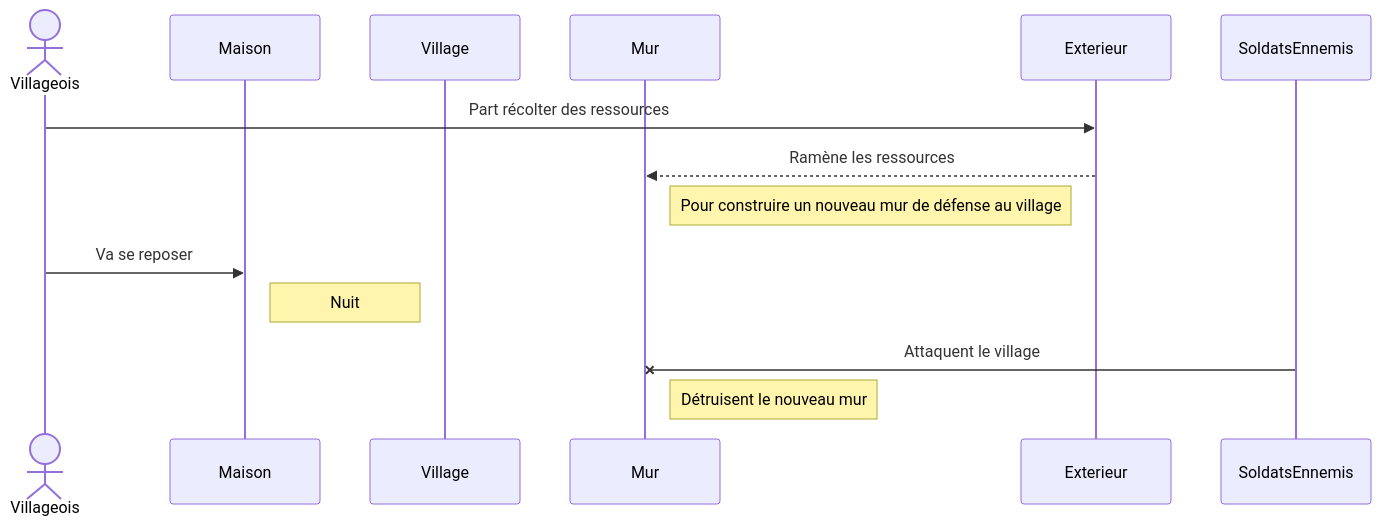
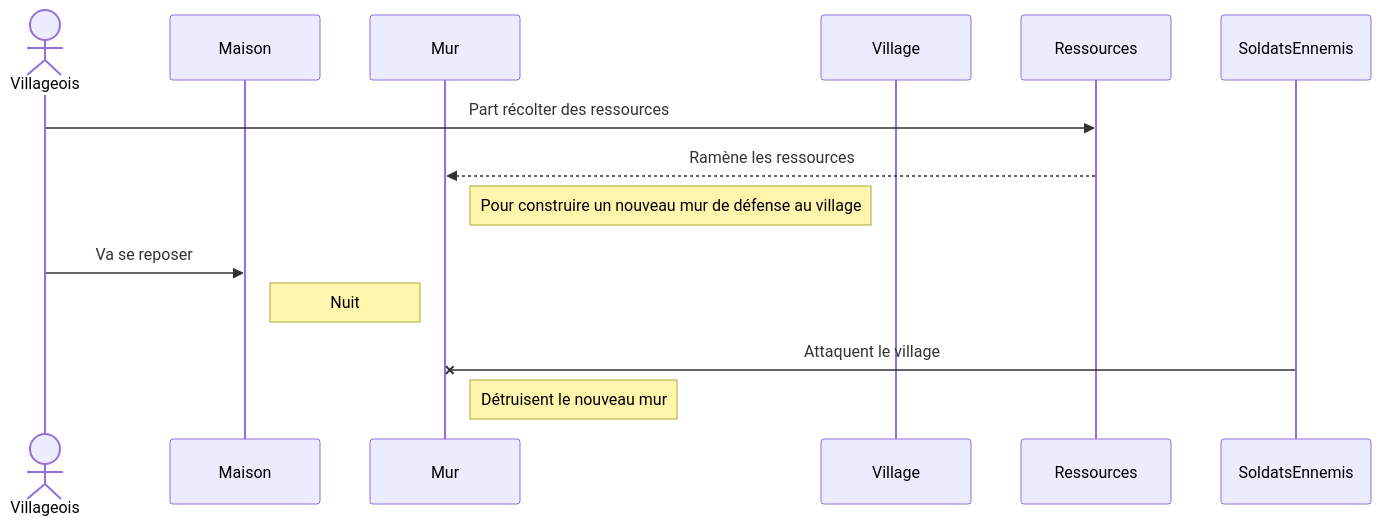
Before and after one commit to SFaucher26/brief-8: the second of 2 diagrams in README.md, drawn with Mermaid. The commit also changed other lines of this file and 3 other files, not shown here.

````diff
--- a/README.md
+++ b/README.md
@@ -151,21 +152,20 @@
 ```mermaid
 
 
 sequenceDiagram
     actor Villageois
     participant Maison
+    participant Mur
     participant Village
-    participant Mur
-    participant Exterieur
-    
+    participant Ressources
     participant SoldatsEnnemis
 
-    Villageois->>Exterieur: Part récolter des ressources
-    Exterieur-->>Mur: Ramène les ressources
+    Villageois->>Ressources: Part récolter des ressources
+    Ressources -->>Mur: Ramène les ressources
     Note right of Mur: Pour construire un nouveau mur de défense au village
     Villageois->>Maison: Va se reposer
     Note right of Maison: Nuit
     SoldatsEnnemis-xMur: Attaquent le village
     Note right of Mur: Détruisent le nouveau mur 
 
 ```
````
